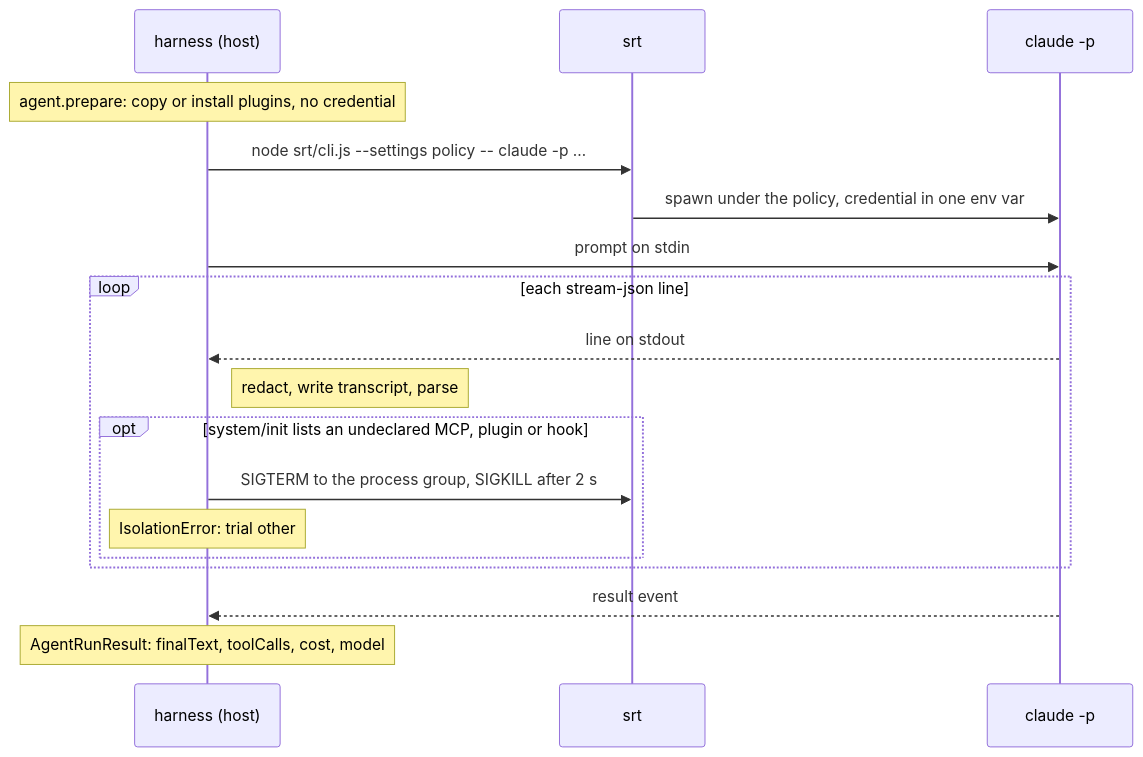
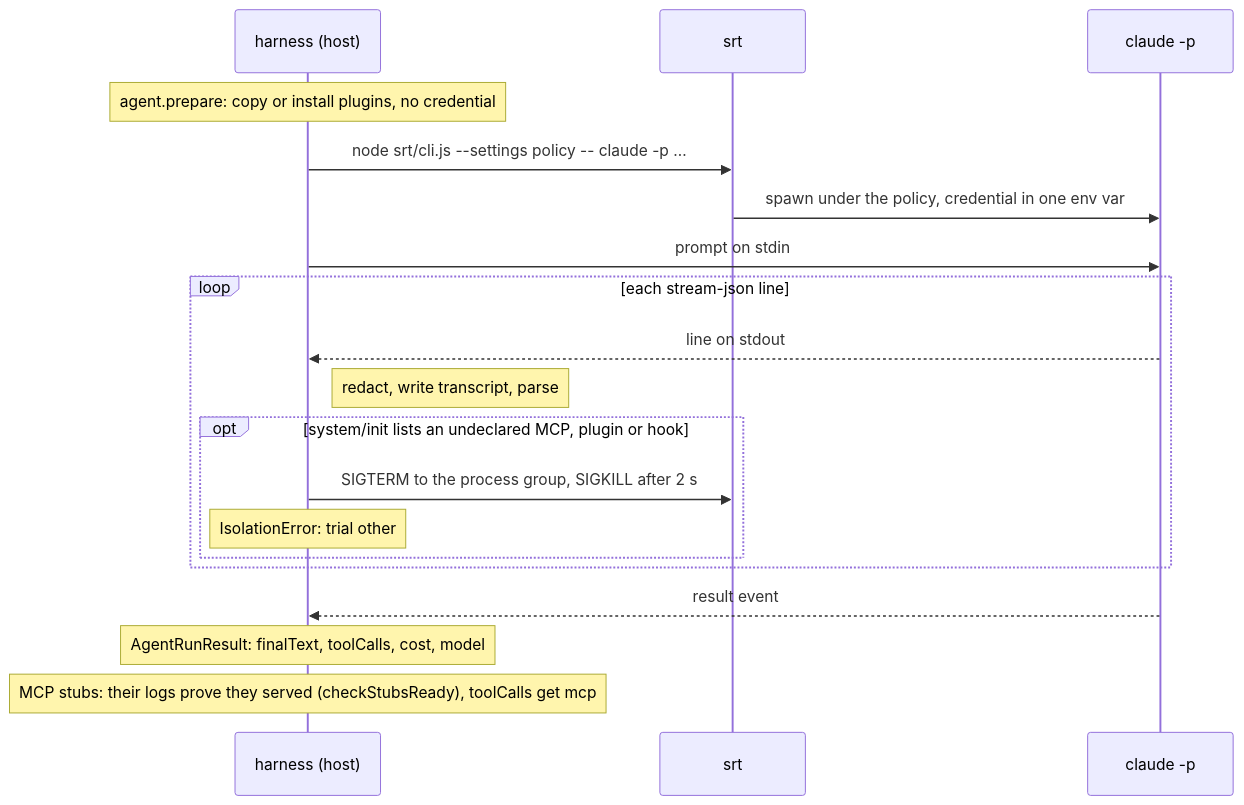
One commit to Luce-Florian/proctor changed the second of 2 diagrams in docs/agents/claude-code/index.md. Above: the diagram before and after it, drawn with Mermaid. The commit also changed other lines of this file and 33 other files, not shown here.

````diff
--- a/docs/agents/claude-code/index.md
+++ b/docs/agents/claude-code/index.md
@@ -16,20 +16,21 @@
 ```mermaid
 sequenceDiagram
     participant H as harness (host)
     participant S as srt
     participant C as claude -p
     Note over H: agent.prepare: copy or install plugins, no credential
     H->>S: node srt/cli.js --settings policy -- claude -p …
     S->>C: spawn under the policy, credential in one env var
     H->>C: prompt on stdin
     loop each stream-json line
         C-->>H: line on stdout
         Note right of H: redact, write transcript, parse
         opt system/init lists an undeclared MCP, plugin or hook
             H->>S: SIGTERM to the process group, SIGKILL after 2 s
             Note over H: IsolationError: trial other
         end
     end
     C-->>H: result event
     Note over H: AgentRunResult: finalText, toolCalls, cost, model
+    Note over H: MCP stubs: their logs prove they served (checkStubsReady), toolCalls get mcp
 ```
````
